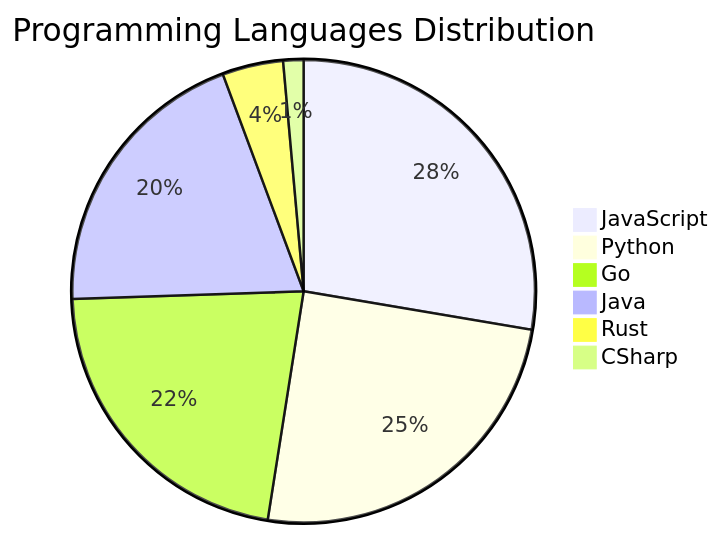
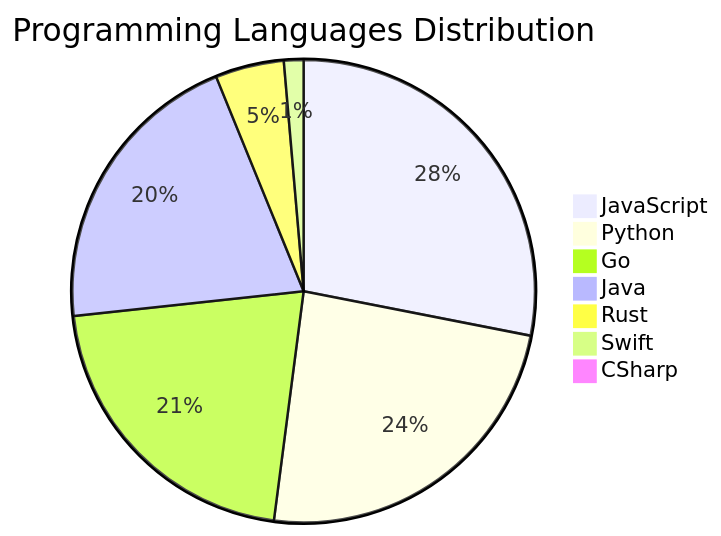
The diagram in README.md (Derrick-MUGISHA/github-activity-bot), drawn with Mermaid before and after one commit. The commit also changed other lines of this file and 4 other files, not shown here.

````diff
--- a/README.md
+++ b/README.md
@@ -206,9 +207,10 @@
 ```mermaid
 pie title Programming Languages Distribution
-    "JavaScript" : 39
+    "JavaScript" : 41
     "Python" : 35
     "Go" : 31
-    "Java" : 28
-    "Rust" : 6
-    "CSharp" : 2
+    "Java" : 30
+    "Rust" : 7
+    "Swift" : 2
+    "CSharp" : 1
 ```
````
